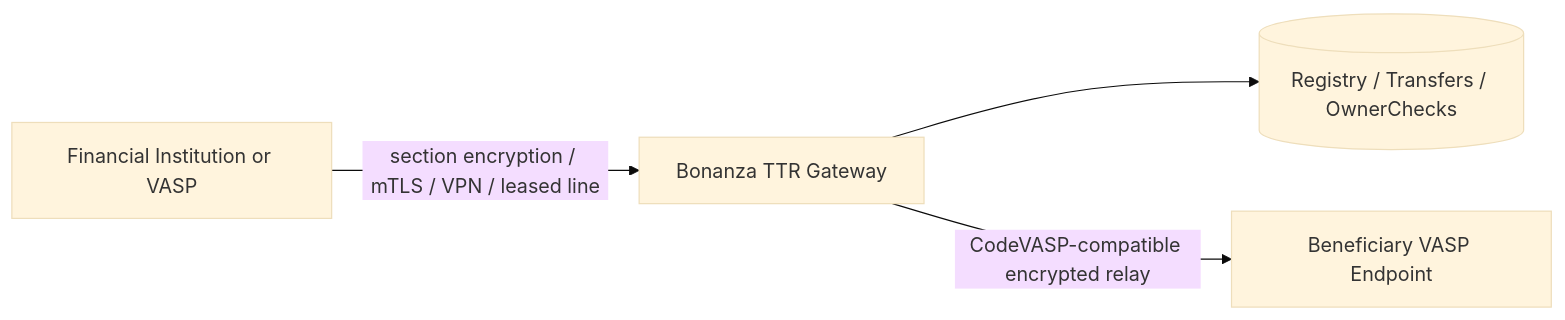
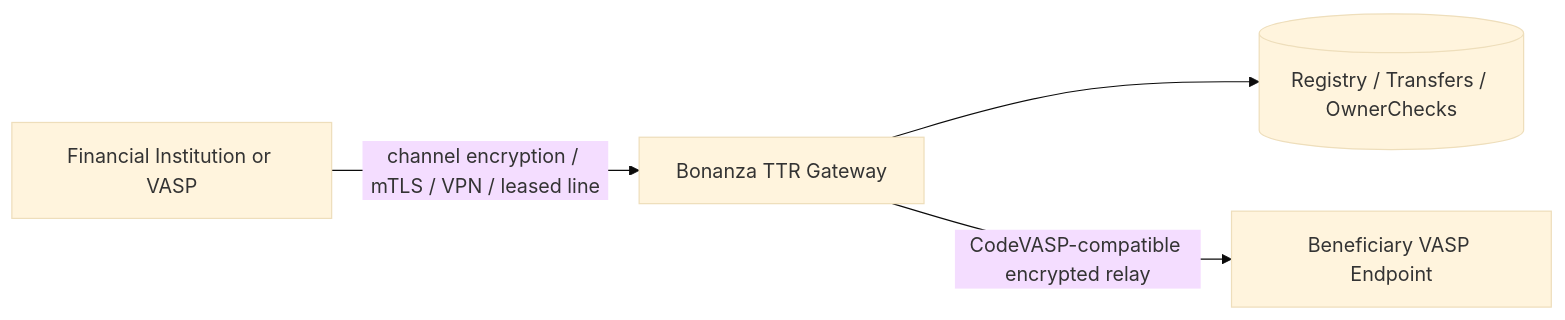
The first of 2 diagrams in docs/ttr-api-specification.md (alvintracer/transight-tr), drawn with Mermaid (base theme) before and after one commit. The commit also changed other lines of this file and 62 other files, not shown here.

````diff
--- a/docs/ttr-api-specification.md
+++ b/docs/ttr-api-specification.md
@@ -11,11 +11,11 @@
 ```mermaid
 flowchart LR
   FI[Financial Institution or VASP]
   GW[Bonanza TTR Gateway]
   DB[(Registry / Transfers / OwnerChecks)]
   BFI[Beneficiary VASP Endpoint]
 
-  FI -->|section encryption / mTLS / VPN / leased line| GW
+  FI -->|channel encryption / mTLS / VPN / leased line| GW
   GW --> DB
   GW -->|CodeVASP-compatible encrypted relay| BFI
 ```
````
